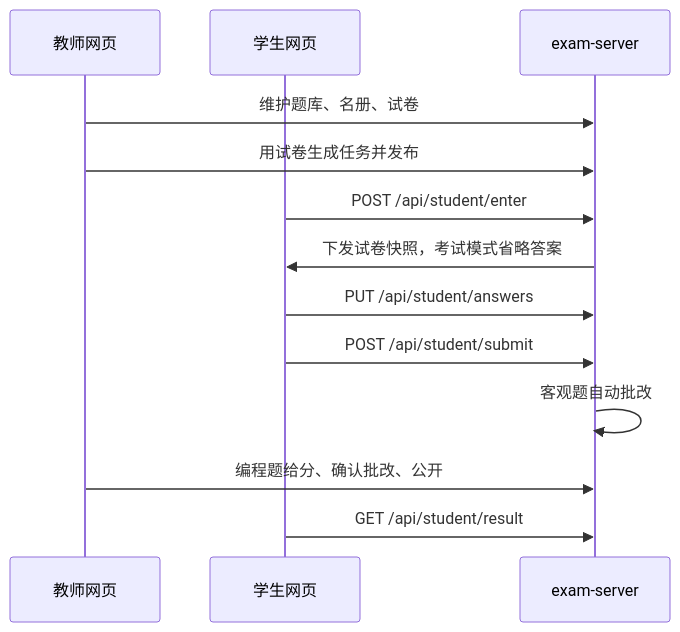
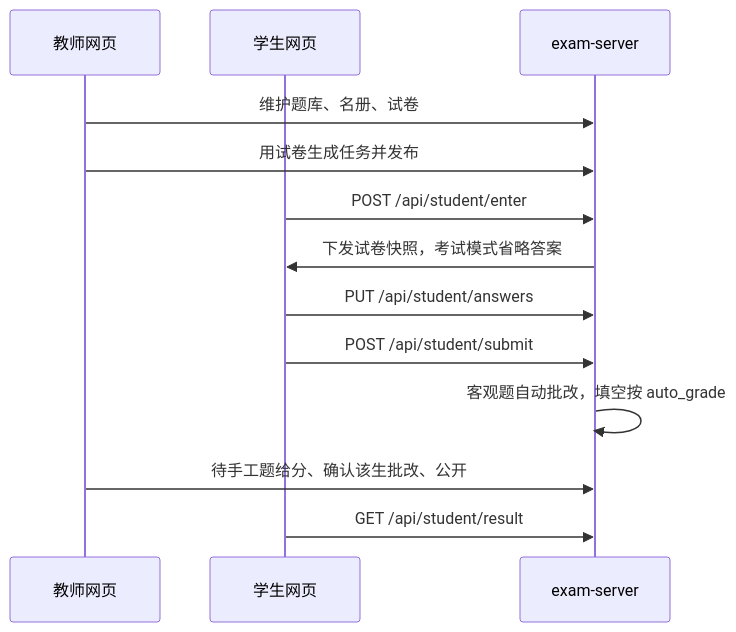
One commit to MorningSun-Hu/Online-Examination-System changed the second of 3 diagrams in .monkeycode/docs/ARCHITECTURE.md. Above: the diagram before and after it, drawn with Mermaid. The commit also changed other lines of this file and 30 other files, not shown here.

````diff
--- a/.monkeycode/docs/ARCHITECTURE.md
+++ b/.monkeycode/docs/ARCHITECTURE.md
@@ -104,15 +104,15 @@
 ```mermaid
 sequenceDiagram
     participant T as 教师网页
     participant S as 学生网页
     participant A as exam-server
     T->>A: 维护题库、名册、试卷
     T->>A: 用试卷生成任务并发布
     S->>A: POST /api/student/enter
     A->>S: 下发试卷快照，考试模式省略答案
     S->>A: PUT /api/student/answers
     S->>A: POST /api/student/submit
-    A->>A: 客观题自动批改
-    T->>A: 编程题给分、确认批改、公开
+    A->>A: 客观题自动批改，填空按 auto_grade
+    T->>A: 待手工题给分、确认该生批改、公开
     S->>A: GET /api/student/result
 ```
````
